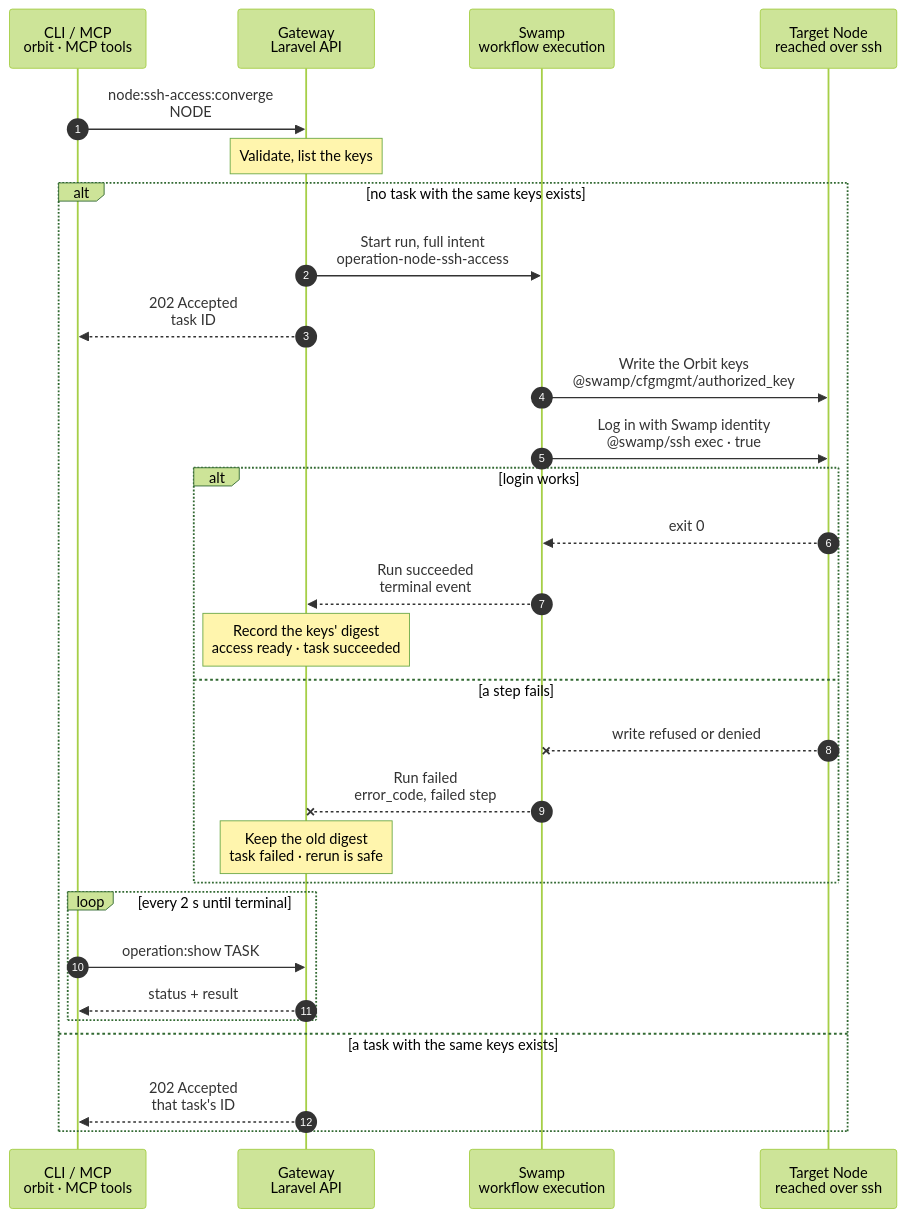
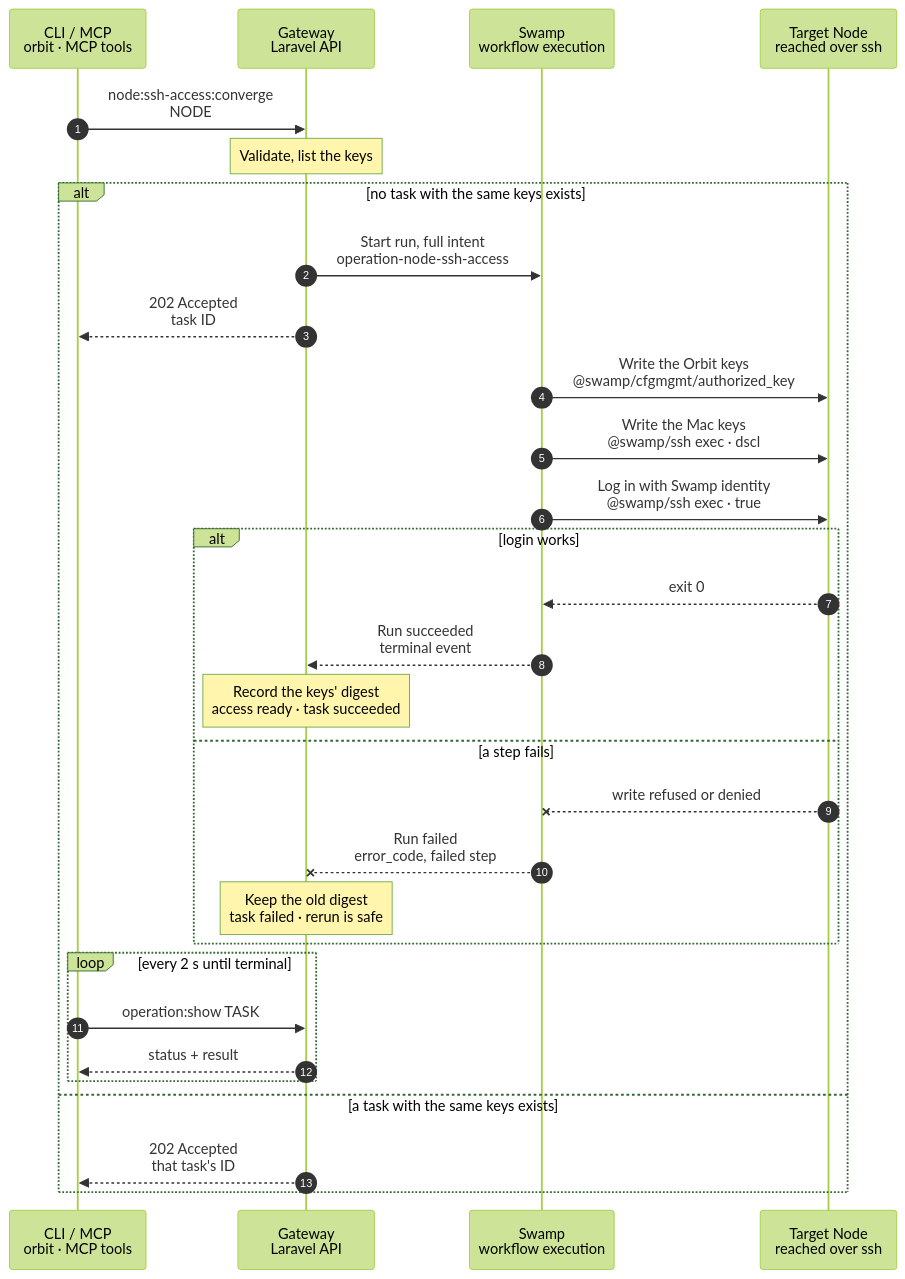
One commit to hardimpactdev/orbit changed the diagram in docs/cli/node/ssh-access-converge.mmd. Above: the diagram before and after it, drawn with Mermaid (forest theme). The commit also changed 11 other files, not shown here.

First line of the commit message:
Run the Conn Server rollout's localhost tasks locally and make SSH access converge work on macOS (#4200)

```diff
--- a/docs/cli/node/ssh-access-converge.mmd
+++ b/docs/cli/node/ssh-access-converge.mmd
@@ -1,107 +1,115 @@
 sequenceDiagram
   %% Target design: ADR 0244 task, DECISIONS R2-R4 and 5 (one swamp-role SSH identity); Orbit only adds its own keys and never rewrites authorized_keys (Nov 1 incident); flow-tighten rule 22.
   %% status: reviewed
   %% command: node:ssh-access:converge
   %% kind: node.ssh_access_converge
   autonumber
   %% lane CLI icon=terminal pill=caller tone=gray
   %% lane GW icon=gateway pill=intent tone=blue
   %% lane SW icon=workflow pill=executes tone=green
   %% lane N icon=server pill=target tone=amber
   participant CLI as CLI / MCP<br/>orbit · MCP tools
   participant GW as Gateway<br/>Laravel API
   participant SW as Swamp<br/>workflow execution
   participant N as Target Node<br/>reached over ssh
   CLI->>GW: node:ssh-access:converge<br/>NODE
   %%> Command:
   %%> - MCP tool `node-ssh-access-converge` with the Node ID; API `POST /nodes/{node}/ssh-access/converge`
   %%> - syntax: `<node>`
   %%> Input:
   %%> - the Node only; the keys come from Orbit's records, never from the request
   %%> What it does:
   %%> - makes the target's managed account accept the Swamp Node's SSH identity, and the operator keys once Orbit records them
   %%> - keeps every other key in `authorized_keys` exactly as it is
   %%> Who can call it:
   %%> - the MCP tool and the API; the `orbit` CLI has no command for it yet
   Note over GW: Validate, list the keys
   %%> Requirements:
   %%> - the calling Node has an access grant to the target Node
-  %%> - the target is an active, managed Linux Node with stored SSH host keys (`operation.kind_unavailable`)
+  %%> - the target is an active, managed Node with stored SSH host keys (`operation.kind_unavailable`)
   %%> - its managed account is not `root`
   %%> - no other SSH access change runs for the target; the Gateway holds one lock per Node (`operation.target_busy`)
   %%> Builds:
   %%> - Orbit's keys: the `swamp` role's public key, then each operator key recorded in Orbit (none yet), in a stable order
   %%> - the digest of the target (host, user, port, host keys) plus those keys
   %%> Reuse:
   %%> - a queued or running task with the same digest for the target is returned instead of a new one; a succeeded task is not reused, so a key removed by hand is restored by the next call
   %%> Result:
   %%> - a task is recorded with the full intent; no private key in it
   alt no task with the same keys exists
     GW->>SW: Start run, full intent<br/>operation-node-ssh-access
     %%> What it does:
     %%> - starts one Swamp run
     %%> Inputs:
-    %%> - Orbit's keys and their digest, and the managed account
+    %%> - Orbit's keys and their digest, the managed account, and the Node's platform; an intent stored before it named one is `linux`
     %%> - the target's address and SSH host keys; the SSH identity comes from the `swamp` role
     GW-->>CLI: 202 Accepted<br/>task ID
     %%> What you get:
     %%> - the task ID, at once
     %%> Next:
     %%> - the CLI follows the task with `operation:show`
     SW->>N: Write the Orbit keys<br/>@swamp/cfgmgmt/authorized_key
     %%> What it does:
     %%> - adds each of Orbit's keys to the managed account's `authorized_keys` when it is missing, one behavior per key
     %%> Never:
     %%> - removes, reorders or changes another line, so operator keys Orbit does not manage keep their access
     %%> How:
     %%> - the official `@swamp/cfgmgmt/authorized_key` behavior over SSH, as the managed account
+    %%> - only on a Node whose platform is not `macos`: the behavior reads the account with `getent`, which macOS lacks
     %%> Not included:
     %%> - a Node that does not accept the `swamp` role identity yet; Node bootstrap adds that first key
+    SW->>N: Write the Mac keys<br/>@swamp/ssh exec · dscl
+    %%> What it does:
+    %%> - on a `macos` Node, the same per key: adds each of Orbit's keys to the managed account's `authorized_keys` when its type and body are missing
+    %%> How:
+    %%> - `@swamp/ssh` exec as the managed account; `dscl . -read /Users/<user> NFSHomeDirectory` names the home, a missing `.ssh` folder is made with mode 0700, and the key is appended as one line
+    %%> Never:
+    %%> - removes, reorders or changes another line
     SW->>N: Log in with Swamp identity<br/>@swamp/ssh exec · true
     %%> What it does:
     %%> - opens a new SSH session with the `swamp` role identity only, and runs `true`
     %%> Returns:
     %%> - the end check; the Gateway reads it from Swamp's run data
     %%> Why:
     %%> - access only counts as ready when the Swamp identity really logs in
     alt login works
       N-->>SW: exit 0
       %%> Returns:
       %%> - every check passed
       SW-->>GW: Run succeeded<br/>terminal event
       %%> How the Gateway learns it:
       %%> - its shared run reader sees the terminal event; Swamp never calls the Gateway
       Note over GW: Record the keys' digest<br/>access ready · task succeeded
       %%> Result:
       %%> - the target's SSH access digest is the digest of Orbit's keys
       %%> - the task succeeds
     else a step fails
       N--xSW: write refused or denied
       %%> When:
       %%> - a key cannot be added, the Swamp identity is refused at the write step, or the login check fails
       SW--xGW: Run failed<br/>error_code, failed step
       %%> The Gateway reads:
       %%> - which step failed and its error code
       Note over GW: Keep the old digest<br/>task failed · rerun is safe
       %%> Result:
       %%> - the target's recorded SSH access stays as it was
       %%> - the task fails
       %%> On the Node:
       %%> - added keys stay; there is no rollback; a cancelled, interrupted or timed-out run ends the same way
       %%> - other keys are never touched, so operator access stays
       %%> Retry:
       %%> - run the same command again after fixing the cause; keys already there are left as they are
     end
     loop every 2 s until terminal
       CLI->>GW: operation:show TASK
       %%> What it does:
       %%> - asks for the task's status every 2 seconds until it has ended
       GW-->>CLI: status + result
       %%> Returns:
       %%> - the current status, and the result once the task has ended
     end
   else a task with the same keys exists
     GW-->>CLI: 202 Accepted<br/>that task's ID
     %%> Reuse:
     %%> - a queued or running task with the same digest is returned instead of a new run, and nothing is sent to the Node
   end
```
